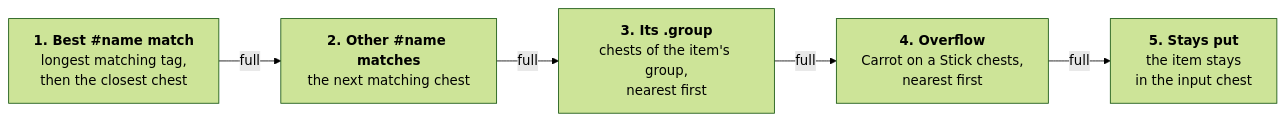
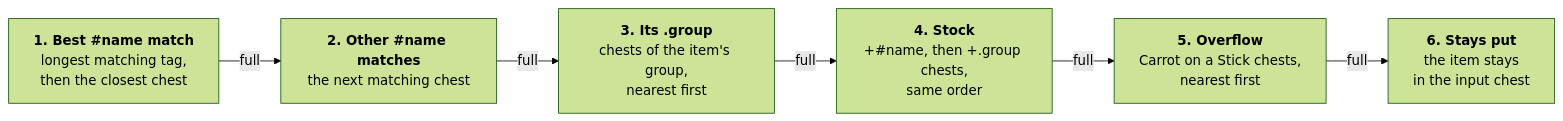
Before and after one commit to pontapaul/gems-sorting: the diagram in README.md, drawn with Mermaid (forest theme). The commit also changed other lines of this file and 12 other files, not shown here.

First line of the commit message:
Release 1.3.0: stock chests that refill shelves, tidy chests

````diff
--- a/README.md
+++ b/README.md
@@ -59,7 +60,8 @@
 ```mermaid
 flowchart LR
     A["<b>1. Best #name match</b><br>longest matching tag,<br>then the closest chest"] -->|full| B["<b>2. Other #name matches</b><br>the next matching chest"]
     B -->|full| G["<b>3. Its .group</b><br>chests of the item's group,<br>nearest first"]
-    G -->|full| C["<b>4. Overflow</b><br>Carrot on a Stick chests,<br>nearest first"]
-    C -->|full| D["<b>5. Stays put</b><br>the item stays<br>in the input chest"]
+    G -->|full| K["<b>4. Stock</b><br>+#name, then +.group chests,<br>same order"]
+    K -->|full| C["<b>5. Overflow</b><br>Carrot on a Stick chests,<br>nearest first"]
+    C -->|full| D["<b>6. Stays put</b><br>the item stays<br>in the input chest"]
 ```
````
